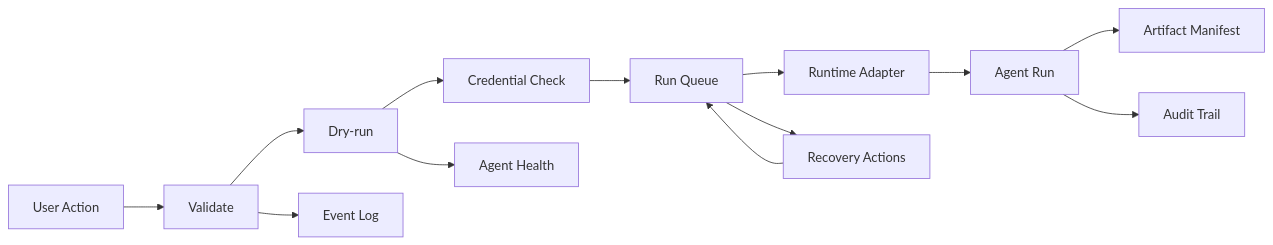
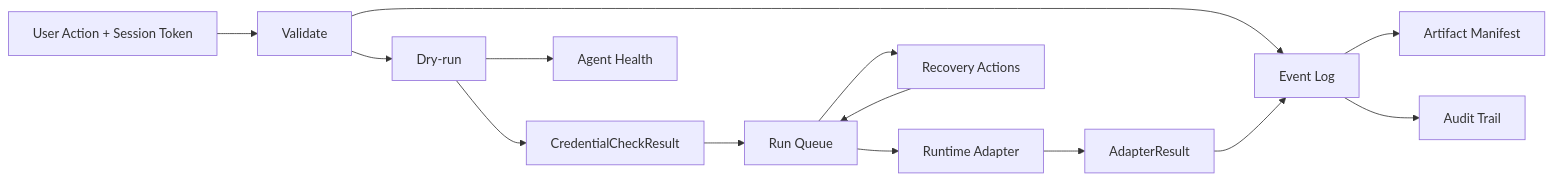
The seventh of 7 diagrams in 14_技术架构选型与系统架构图.md (haozhangyue/miracle-agent), drawn with Mermaid before and after one commit. The commit also changed other lines of this file and 17 other files, not shown here.

````diff
--- a/14_技术架构选型与系统架构图.md
+++ b/14_技术架构选型与系统架构图.md
@@ -318,24 +331,25 @@
 ```mermaid
 flowchart LR
-  Action["User Action"]
+  Action["User Action + Session Token"]
   Validate["Validate"]
   DryRun["Dry-run"]
-  Credential["Credential Check"]
+  Credential["CredentialCheckResult"]
   Queue["Run Queue"]
   Adapter["Runtime Adapter"]
-  AgentRun["Agent Run"]
+  AgentRun["AdapterResult"]
 
   Event["Event Log"]
   Health["Agent Health"]
   Recovery["Recovery Actions"]
   Audit["Audit Trail"]
   Manifest["Artifact Manifest"]
 
   Action --> Validate --> DryRun --> Credential --> Queue --> Adapter --> AgentRun
   Validate --> Event
   DryRun --> Health
   Queue --> Recovery
-  AgentRun --> Manifest
-  AgentRun --> Audit
+  AgentRun --> Event
+  Event --> Manifest
+  Event --> Audit
   Recovery --> Queue
 ```
````
